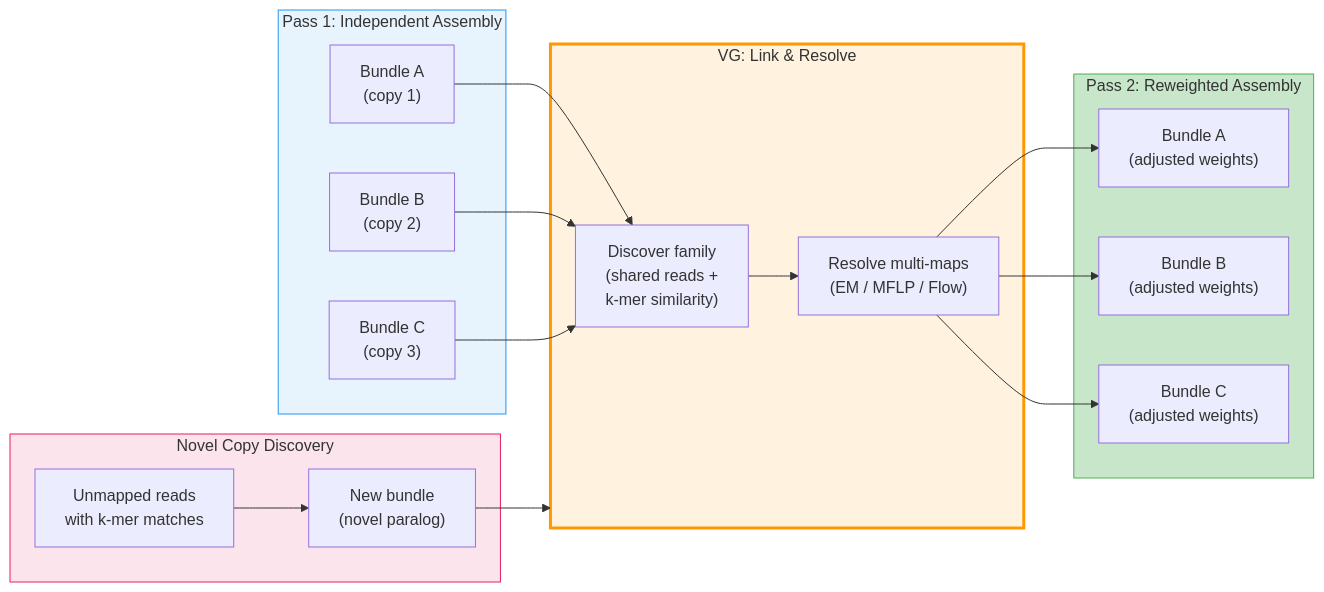
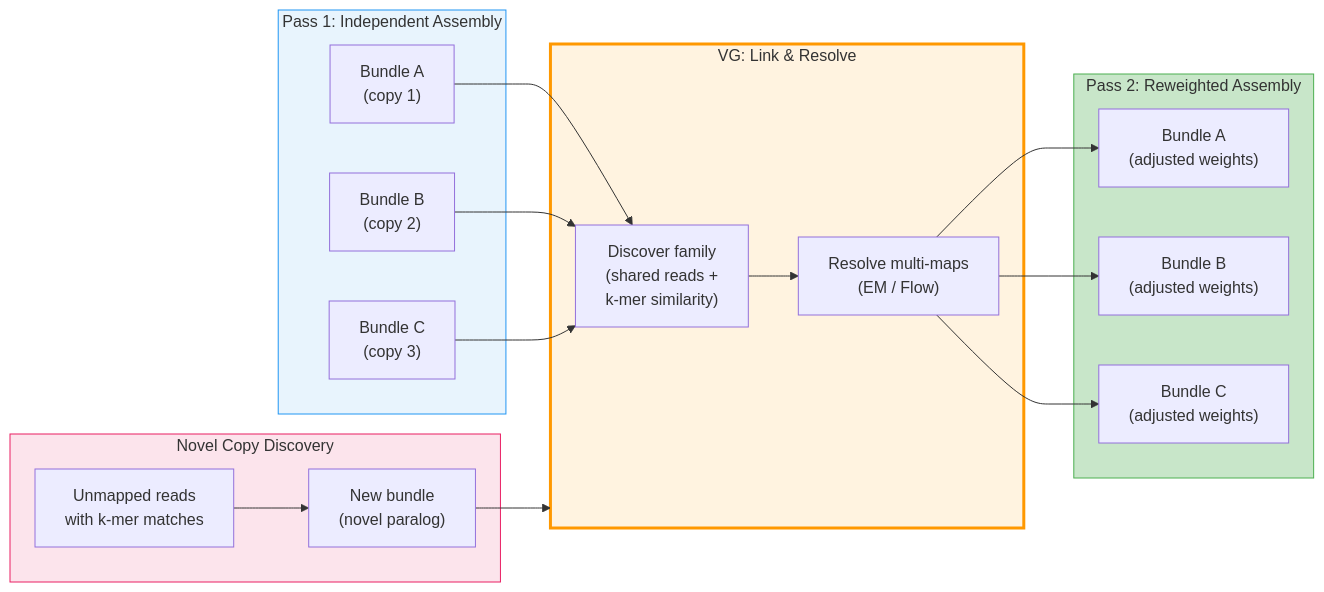
The third of 3 diagrams in figures/01_pipeline_overview.md (juanfraitu1/Rustle), drawn with Mermaid before and after one commit. The commit also changed other lines of this file and 11 other files, not shown here.

````diff
--- a/figures/01_pipeline_overview.md
+++ b/figures/01_pipeline_overview.md
@@ -126,40 +124,40 @@
 ```mermaid
 flowchart LR
     subgraph PASS1["Pass 1: Independent Assembly"]
         B1["Bundle A\n(copy 1)"]
         B2["Bundle B\n(copy 2)"]
         B3["Bundle C\n(copy 3)"]
     end
 
     subgraph VG["VG: Link & Resolve"]
         LINK["Discover family\n(shared reads +\nk-mer similarity)"]
-        SOLVE["Resolve multi-maps\n(EM / MFLP / Flow)"]
+        SOLVE["Resolve multi-maps\n(EM / Flow)"]
     end
 
     subgraph PASS2["Pass 2: Reweighted Assembly"]
         R1["Bundle A\n(adjusted weights)"]
         R2["Bundle B\n(adjusted weights)"]
         R3["Bundle C\n(adjusted weights)"]
     end
 
     subgraph NOVEL["Novel Copy Discovery"]
         UNMAPPED["Unmapped reads\nwith k-mer matches"]
         NEWBUNDLE["New bundle\n(novel paralog)"]
     end
 
     B1 --> LINK
     B2 --> LINK
     B3 --> LINK
     LINK --> SOLVE
     SOLVE --> R1
     SOLVE --> R2
     SOLVE --> R3
 
     UNMAPPED --> NEWBUNDLE
     NEWBUNDLE --> VG
 
     style PASS1 fill:#e8f4fd,stroke:#2196F3
     style VG fill:#fff3e0,stroke:#FF9800,stroke-width:3px
     style PASS2 fill:#c8e6c9,stroke:#4CAF50
     style NOVEL fill:#fce4ec,stroke:#E91E63
 ```
````
